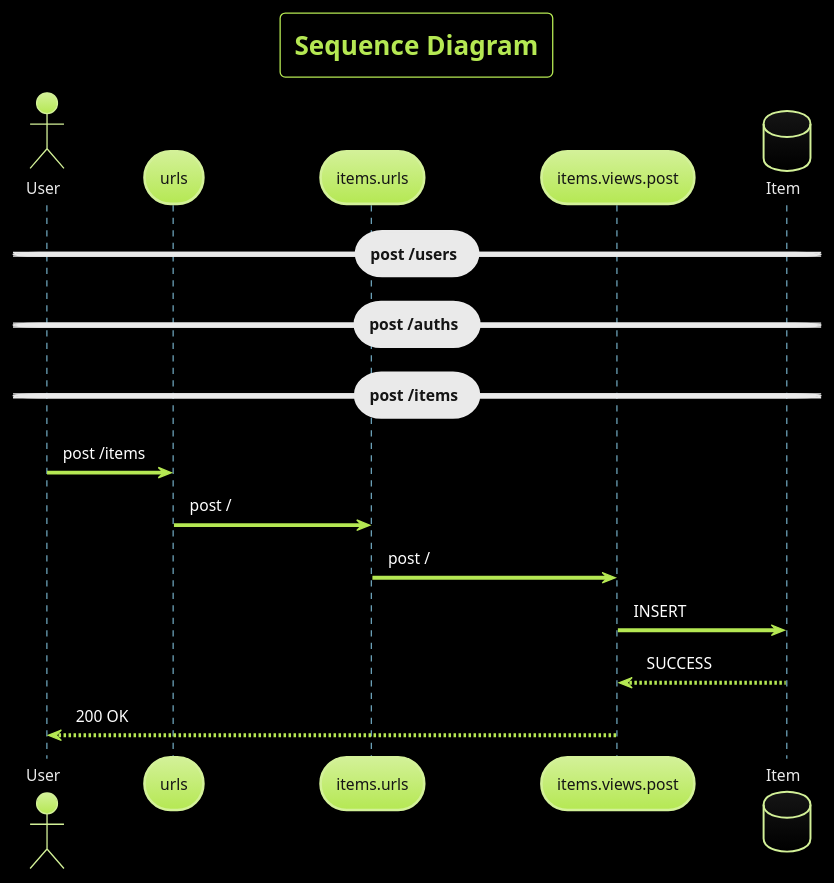
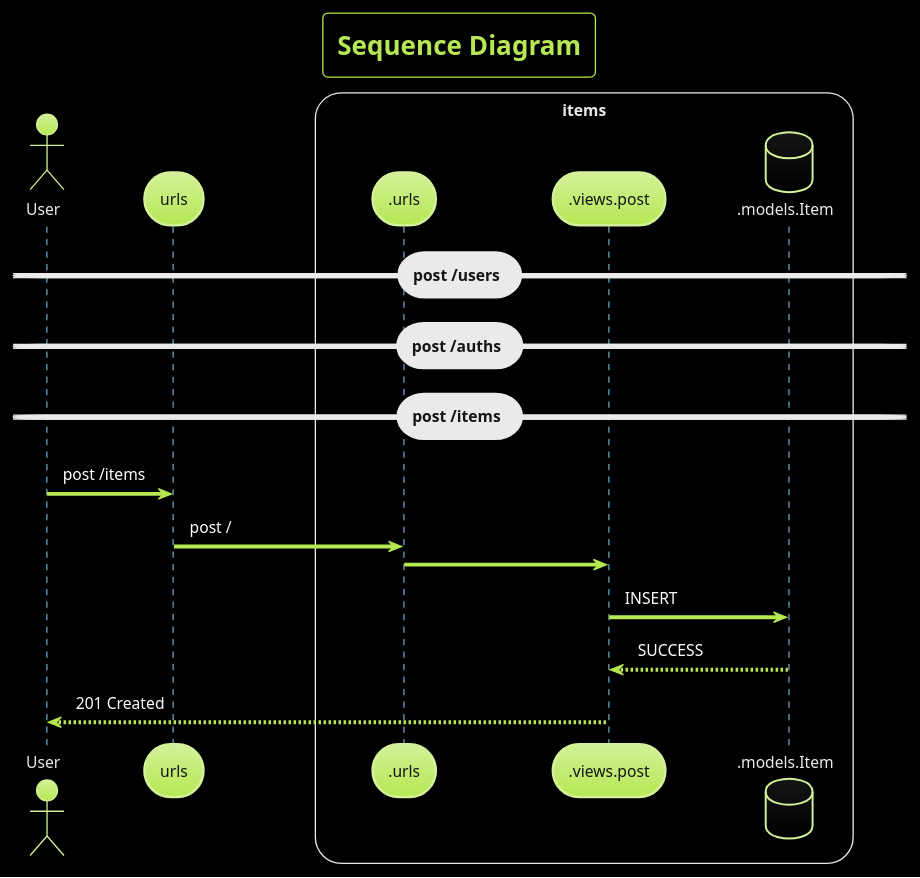
One commit to AdityaShenoy/FlipCart changed the fourth of 5 diagrams in design.plantuml. Above: the diagram before and after it, drawn with PlantUML. The commit also changed other lines of this file, not shown here.

```diff
--- a/design.plantuml
+++ b/design.plantuml
@@ -70,22 +73,23 @@
 @startuml 4
 
     !theme hacker
     skinparam BackgroundColor black
     title "Sequence Diagram"
 
     actor User
     participant urls
-    participant items.urls
-    participant items.views.post
-    database Item
+    box items
+    participant .urls
+    participant .views.post
+    database .models.Item
 
     == post /users ==
     == post /auths ==
     == post /items ==
-    User             ->  urls             : post /items
-    urls             ->  items.urls       : post /
-    items.urls       ->  items.views.post : post /
-    items.views.post ->  Item             : INSERT
-    items.views.post <-- Item             : SUCCESS
-    User             <-- items.views.post : 200 OK
+    User        ->  urls         : post /items
+    urls        ->  .urls        : post /
+    .urls       ->  .views.post  :
+    .views.post ->  .models.Item : INSERT
+    .views.post <-- .models.Item : SUCCESS
+    User        <-- .views.post  : 201 Created
 @enduml
```
